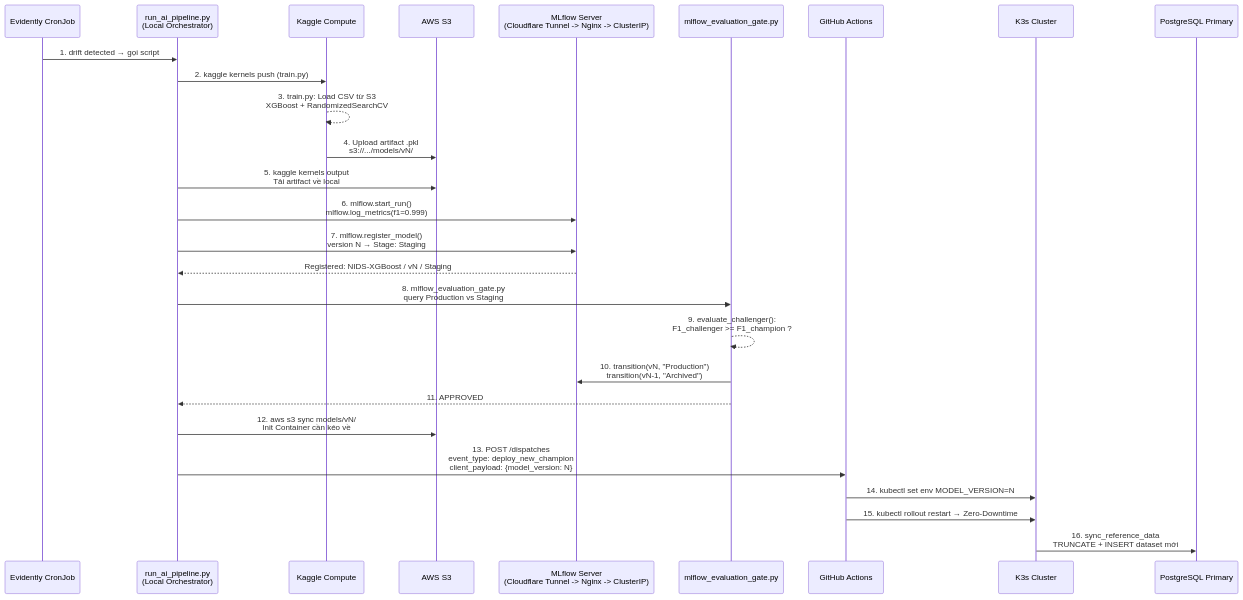
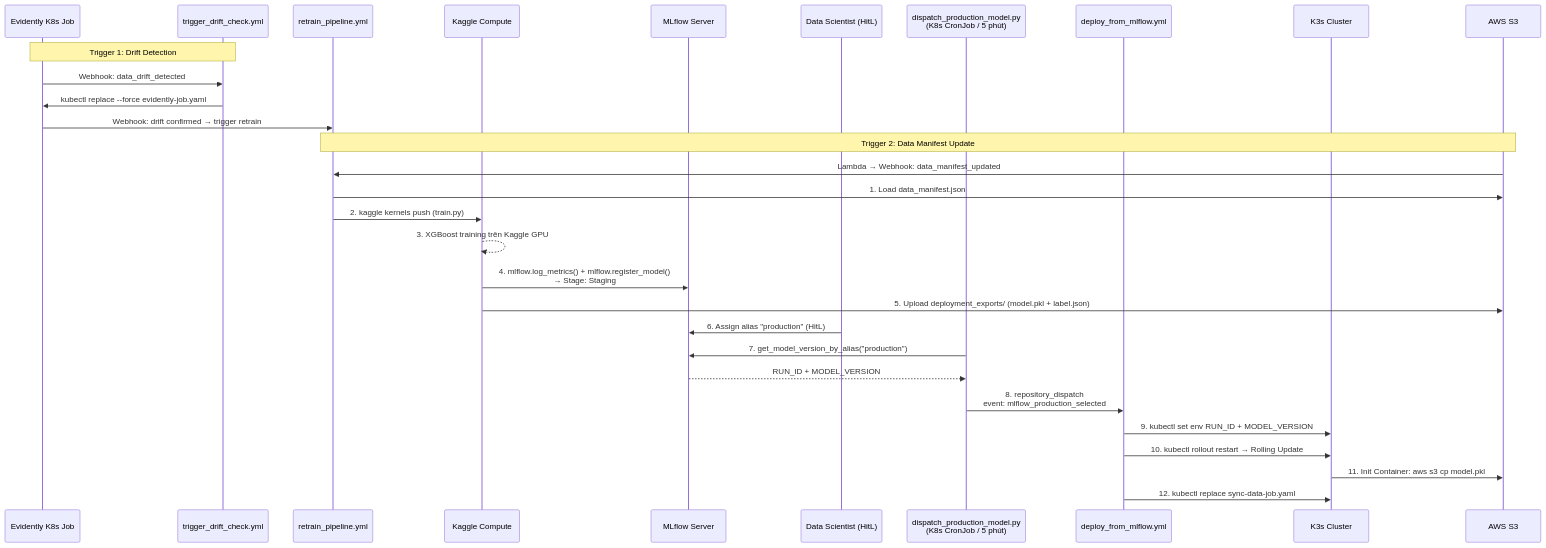
Before and after one commit to Viet-Hoang-2005/AdaptML: the fifth of 7 diagrams in ARCHITECTURE.md, drawn with Mermaid. The commit also changed other lines of this file, not shown here.

Commit message:
docs: Update the system diagram according to the current Architecture.

````diff
--- a/ARCHITECTURE.md
+++ b/ARCHITECTURE.md
@@ -174,30 +178,38 @@
 ```mermaid
 sequenceDiagram
-    participant E as Evidently CronJob
-    participant ORCH as run_ai_pipeline.py<br/>(Local Orchestrator)
+    participant EVD as Evidently K8s Job
+    participant GH_DRIFT as trigger_drift_check.yml
+    participant GH_RETRAIN as retrain_pipeline.yml
     participant K as Kaggle Compute
-    participant S as AWS S3
-    participant MLF as MLflow Server<br/>(Cloudflare Tunnel -> Nginx -> ClusterIP)
-    participant GATE as mlflow_evaluation_gate.py
-    participant GA as GitHub Actions
-    participant P as K3s Cluster
-    participant DB as PostgreSQL Primary
+    participant MLF as MLflow Server
+    participant HUMAN as Data Scientist (HitL)
+    participant CRON as dispatch_production_model.py<br/>(K8s CronJob / 5 phút)
+    participant GH_DEPLOY as deploy_from_mlflow.yml
+    participant K3S as K3s Cluster
+    participant S3 as AWS S3
 
-    E->>ORCH: 1. drift detected → gọi script
-    ORCH->>K: 2. kaggle kernels push (train.py)
-    K-->>K: 3. train.py: Load CSV từ S3<br/>XGBoost + RandomizedSearchCV
-    K->>S: 4. Upload artifact .pkl<br/>s3://.../models/vN/
-    ORCH->>S: 5. kaggle kernels output<br/>Tải artifact về local
-    ORCH->>MLF: 6. mlflow.start_run()<br/>mlflow.log_metrics(f1=0.999)
-    ORCH->>MLF: 7. mlflow.register_model()<br/>version N → Stage: Staging
-    MLF-->>ORCH: Registered: NIDS-XGBoost / vN / Staging
-    ORCH->>GATE: 8. mlflow_evaluation_gate.py<br/>query Production vs Staging
-    GATE-->>GATE: 9. evaluate_challenger():<br/>F1_challenger >= F1_champion ?
-    GATE->>MLF: 10. transition(vN, "Production")<br/>transition(vN-1, "Archived")
-    GATE-->>ORCH: 11. APPROVED
-    ORCH->>S: 12. aws s3 sync models/vN/<br/>Init Container cần kéo về
-    ORCH->>GA: 13. POST /dispatches<br/>event_type: deploy_new_champion<br/>client_payload: {model_version: N}
-    GA->>P: 14. kubectl set env MODEL_VERSION=N
-    GA->>P: 15. kubectl rollout restart → Zero-Downtime
-    P->>DB: 16. sync_reference_data<br/>TRUNCATE + INSERT dataset mới
+    Note over EVD,GH_DRIFT: Trigger 1: Drift Detection
+    EVD->>GH_DRIFT: Webhook: data_drift_detected
+    GH_DRIFT->>EVD: kubectl replace --force evidently-job.yaml
+    EVD->>GH_RETRAIN: Webhook: drift confirmed → trigger retrain
+
+    Note over S3,GH_RETRAIN: Trigger 2: Data Manifest Update
+    S3->>GH_RETRAIN: Lambda → Webhook: data_manifest_updated
+
+    GH_RETRAIN->>S3: 1. Load data_manifest.json
+    GH_RETRAIN->>K: 2. kaggle kernels push (train.py)
+    K-->>K: 3. XGBoost training trên Kaggle GPU
+    K->>MLF: 4. mlflow.log_metrics() + mlflow.register_model()<br/>→ Stage: Staging
+    K->>S3: 5. Upload deployment_exports/ (model.pkl + label.json)
+
+    HUMAN->>MLF: 6. Assign alias "production" (HitL)
+
+    CRON->>MLF: 7. get_model_version_by_alias("production")
+    MLF-->>CRON: RUN_ID + MODEL_VERSION
+    CRON->>GH_DEPLOY: 8. repository_dispatch<br/>event: mlflow_production_selected
+
+    GH_DEPLOY->>K3S: 9. kubectl set env RUN_ID + MODEL_VERSION
+    GH_DEPLOY->>K3S: 10. kubectl rollout restart → Rolling Update
+    K3S->>S3: 11. Init Container: aws s3 cp model.pkl
+    GH_DEPLOY->>K3S: 12. kubectl replace sync-data-job.yaml
 ```
````
